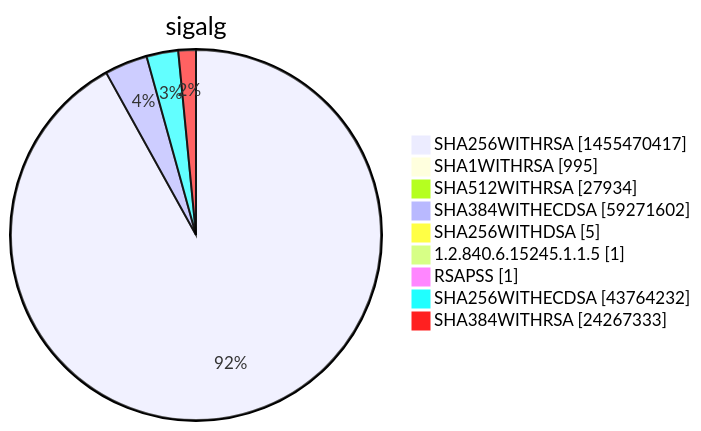
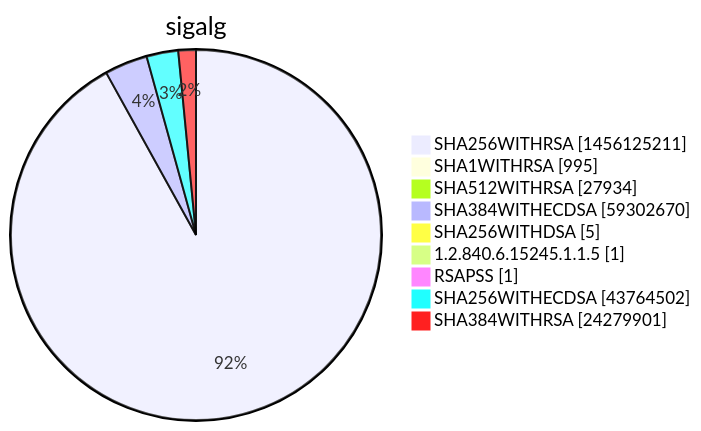
Before and after one commit to christiankrug/ctmonitor_visualization: diagram 15 of 15 in xenon2022/README.md, drawn with Mermaid. The commit also changed other lines of this file, not shown here.

````diff
--- a/xenon2022/README.md
+++ b/xenon2022/README.md
@@ -5862,13 +5862,13 @@
 ```mermaid
 pie showData
 title sigalg
-"SHA256WITHRSA" :1455470417
+"SHA256WITHRSA" :1456125211
 "SHA1WITHRSA" :995
 "SHA512WITHRSA" :27934
-"SHA384WITHECDSA" :59271602
+"SHA384WITHECDSA" :59302670
 "SHA256WITHDSA" :5
 "1.2.840.6.15245.1.1.5" :1
 "RSAPSS" :1
-"SHA256WITHECDSA" :43764232
-"SHA384WITHRSA" :24267333
+"SHA256WITHECDSA" :43764502
+"SHA384WITHRSA" :24279901
 ```
````
